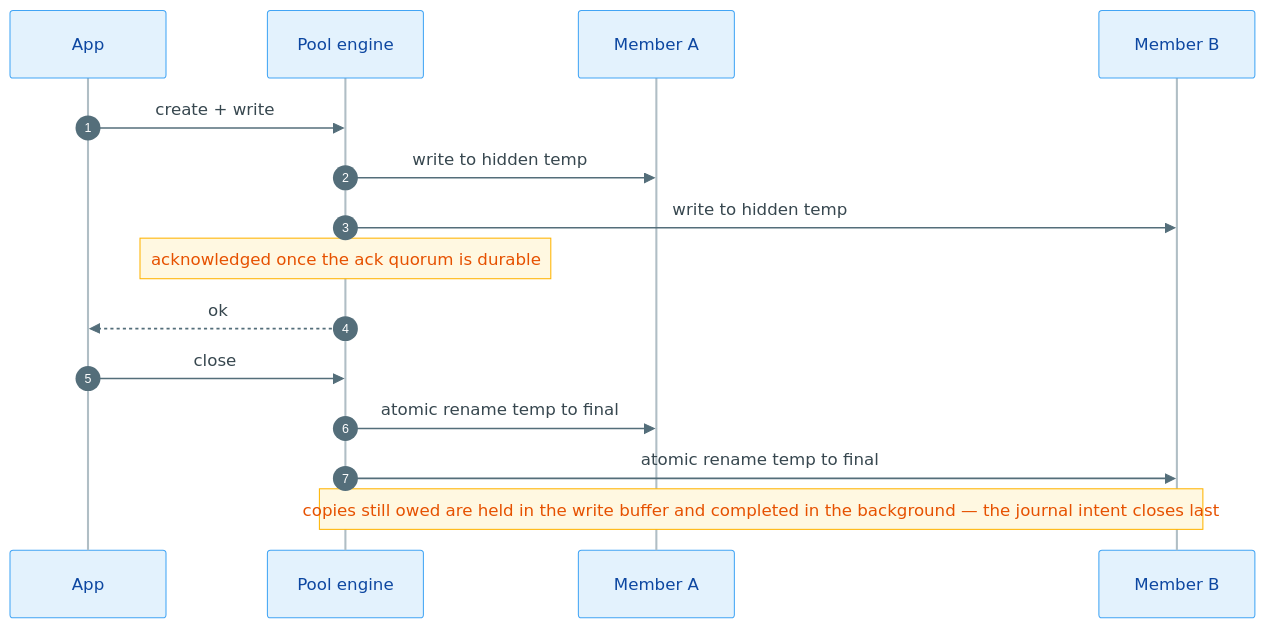
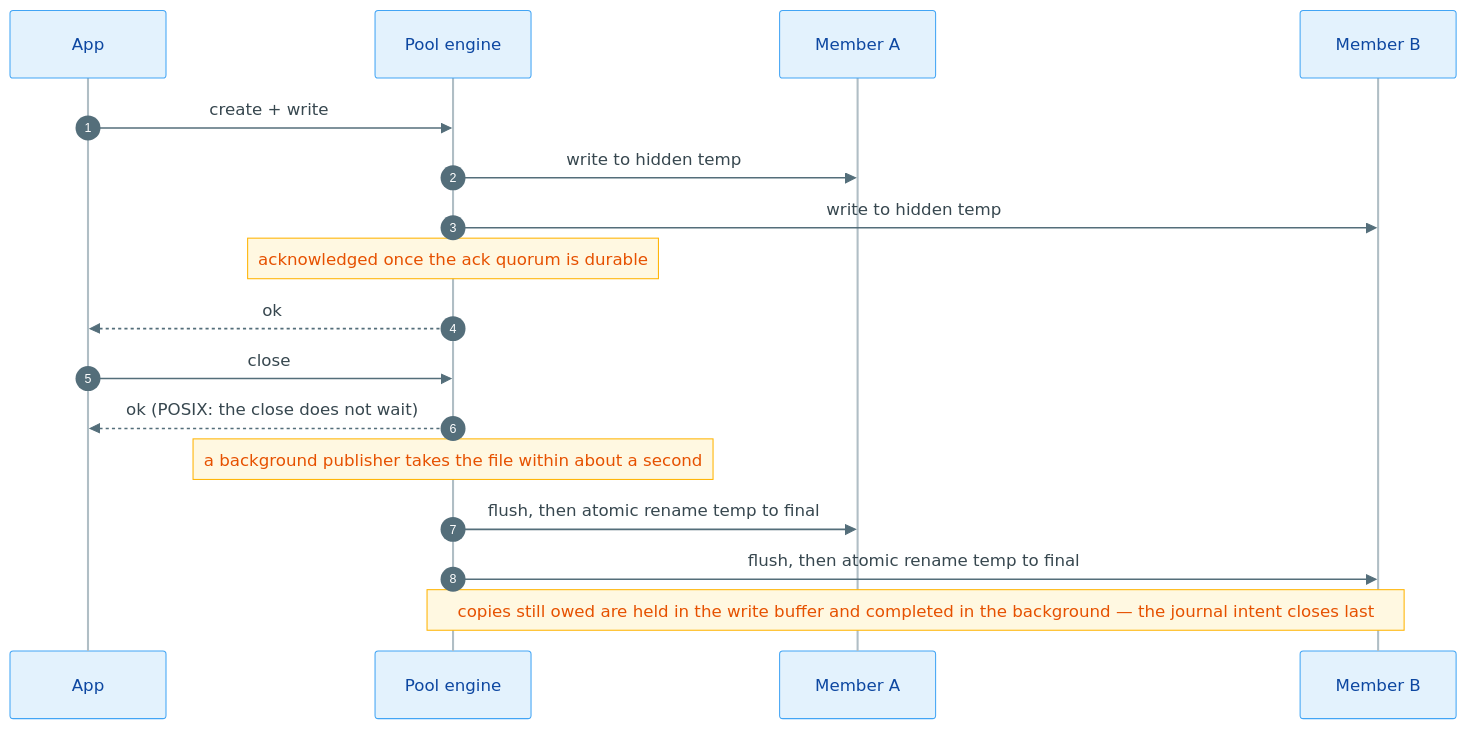
The third of 9 diagrams in README.md (Hawkynt/DriveBenderUtility), drawn with Mermaid before and after one commit. The commit also changed other lines of this file and 11 other files, not shown here.

````diff
--- a/README.md
+++ b/README.md
@@ -411,19 +426,21 @@
 ```mermaid
 %%{init: {"theme":"base","themeVariables":{"fontSize":"15px","actorBkg":"#E3F2FD","actorBorder":"#42A5F5","actorTextColor":"#0D47A1","actorLineColor":"#B0BEC5","signalColor":"#546E7A","signalTextColor":"#37474F","noteBkgColor":"#FFF8E1","noteBorderColor":"#FFB300","noteTextColor":"#E65100","sequenceNumberColor":"#FFFFFF"}}}%%
 sequenceDiagram
     autonumber
     participant App
     participant Engine as Pool engine
     participant A as Member A
     participant B as Member B
 
     App->>Engine: create + write
     Engine->>A: write to hidden temp
     Engine->>B: write to hidden temp
     Note over Engine: acknowledged once the ack quorum is durable
     Engine-->>App: ok
     App->>Engine: close
-    Engine->>A: atomic rename temp to final
-    Engine->>B: atomic rename temp to final
+    Engine-->>App: ok (POSIX: the close does not wait)
+    Note over Engine: a background publisher takes the file within about a second
+    Engine->>A: flush, then atomic rename temp to final
+    Engine->>B: flush, then atomic rename temp to final
     Note over Engine,B: copies still owed are held in the write buffer and completed in the background — the journal intent closes last
 ```
````
